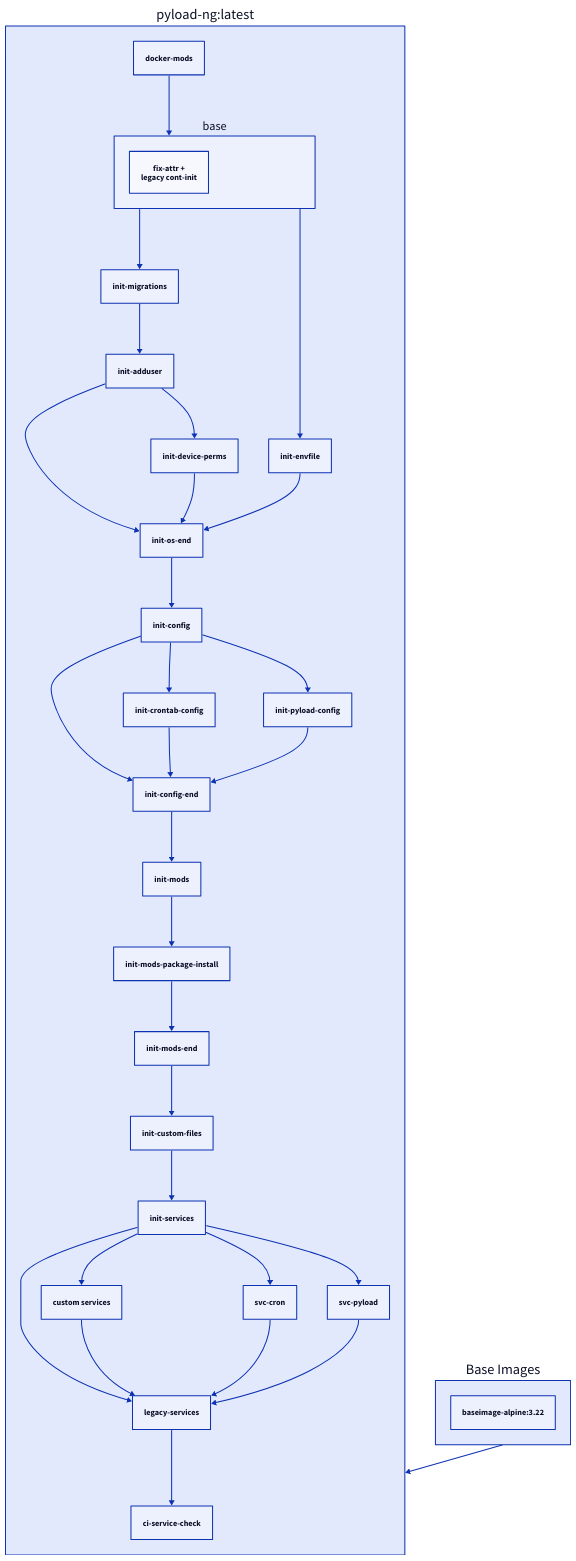
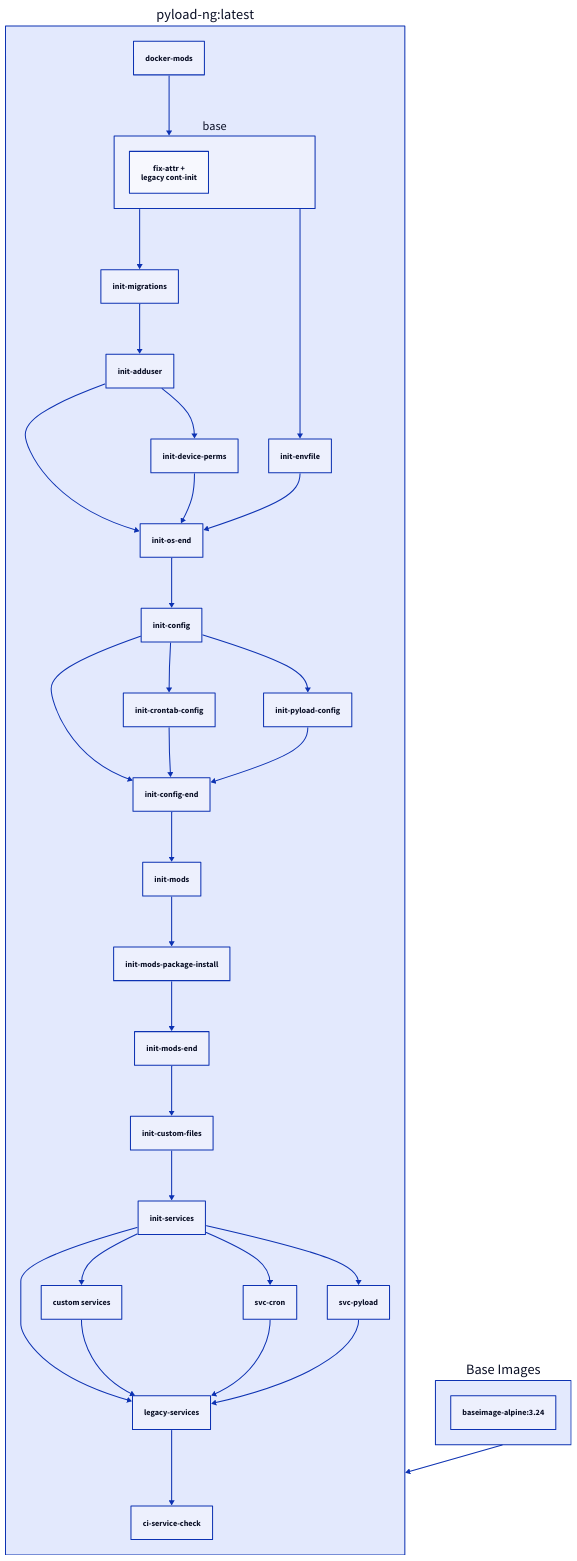
The diagram in docs/images/docker-pyload-ng.md (linuxserver/docker-documentation), drawn with D2 before and after one commit. The commit also changed other lines of this file, not shown here.

Commit message:
Bot Updating Documentation

````diff
--- a/docs/images/docker-pyload-ng.md
+++ b/docs/images/docker-pyload-ng.md
@@ -292,41 +292,41 @@
     ```d2
     "pyload-ng:latest": {
       docker-mods
       base {
         fix-attr +\nlegacy cont-init
       }
       docker-mods -> base
       legacy-services
       custom services
       init-services -> legacy-services
       init-services -> custom services
       custom services -> legacy-services
       legacy-services -> ci-service-check
       init-migrations -> init-adduser
       init-os-end -> init-config
       init-config -> init-config-end
       init-crontab-config -> init-config-end
       init-pyload-config -> init-config-end
       init-config -> init-crontab-config
       init-mods-end -> init-custom-files
       init-adduser -> init-device-perms
       base -> init-envfile
       base -> init-migrations
       init-config-end -> init-mods
       init-mods-package-install -> init-mods-end
       init-mods -> init-mods-package-install
       init-adduser -> init-os-end
       init-device-perms -> init-os-end
       init-envfile -> init-os-end
       init-config -> init-pyload-config
       init-custom-files -> init-services
       init-services -> svc-cron
       svc-cron -> legacy-services
       init-services -> svc-pyload
       svc-pyload -> legacy-services
     }
     Base Images: {
-      "baseimage-alpine:3.22"
+      "baseimage-alpine:3.24"
     }
     "pyload-ng:latest" <- Base Images
     ```
````
